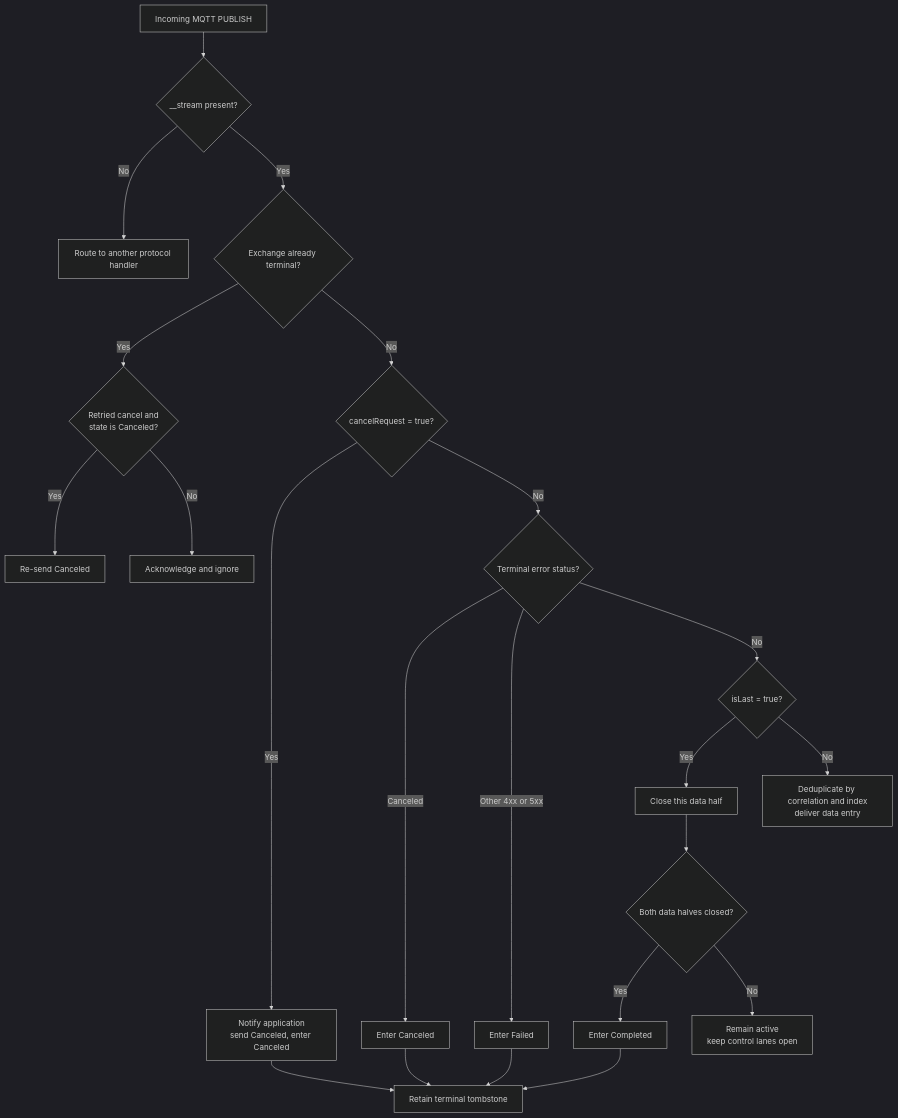
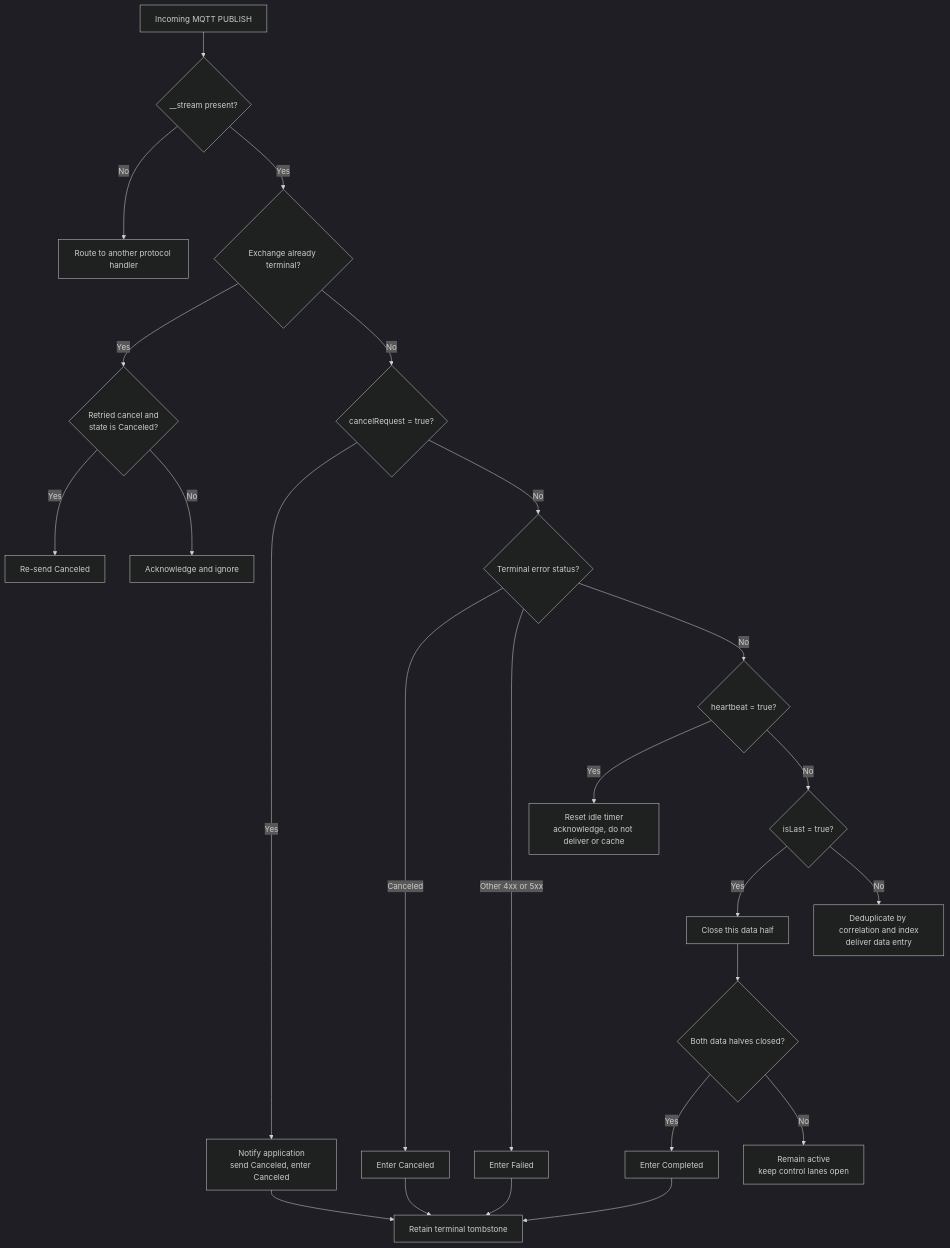
Before and after one commit to Azure/iot-operations-sdks: the ninth of 9 diagrams in doc/dev/adr/0025-rpc-streaming-lifecycle-diagrams.md, drawn with Mermaid (dark theme). The commit also changed other lines of this file and 1 other file, not shown here.

First line of the commit message:
ADR 25: clarify exchange routing and align lifecycle diagrams

````diff
--- a/doc/dev/adr/0025-rpc-streaming-lifecycle-diagrams.md
+++ b/doc/dev/adr/0025-rpc-streaming-lifecycle-diagrams.md
@@ -354,24 +341,26 @@
 ```mermaid
 flowchart TD
     P["Incoming MQTT PUBLISH"] --> S{"__stream present?"}
     S -- "No" --> O["Route to another protocol handler"]
     S -- "Yes" --> T{"Exchange already terminal?"}
     T -- "Yes" --> RC{"Retried cancel and<br/>state is Canceled?"}
     RC -- "Yes" --> RA["Re-send Canceled"]
     RC -- "No" --> AI["Acknowledge and ignore"]
     T -- "No" --> C{"cancelRequest = true?"}
     C -- "Yes" --> PC["Notify application<br/>send Canceled, enter Canceled"]
     C -- "No" --> E{"Terminal error status?"}
     E -- "Canceled" --> CAN["Enter Canceled"]
     E -- "Other 4xx or 5xx" --> F["Enter Failed"]
-    E -- "No" --> L{"isLast = true?"}
+    E -- "No" --> HB{"heartbeat = true?"}
+    HB -- "Yes" --> HBR["Reset idle timer<br/>acknowledge, do not deliver or cache"]
+    HB -- "No" --> L{"isLast = true?"}
     L -- "Yes" --> HC["Close this data half"]
     HC --> BC{"Both data halves closed?"}
     BC -- "Yes" --> CO["Enter Completed"]
     BC -- "No" --> AC["Remain active<br/>keep control lanes open"]
     L -- "No" --> D["Deduplicate by correlation and index<br/>deliver data entry"]
     PC --> TS["Retain terminal tombstone"]
     CAN --> TS
     F --> TS
     CO --> TS
 ```
````
